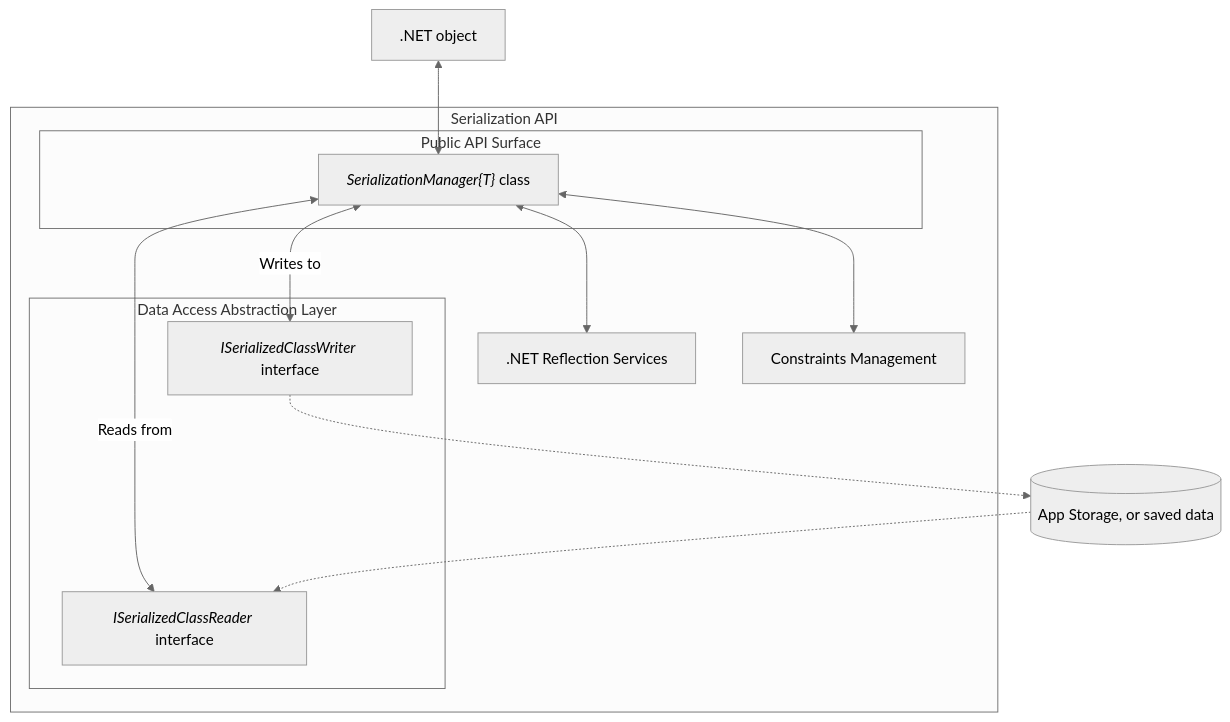
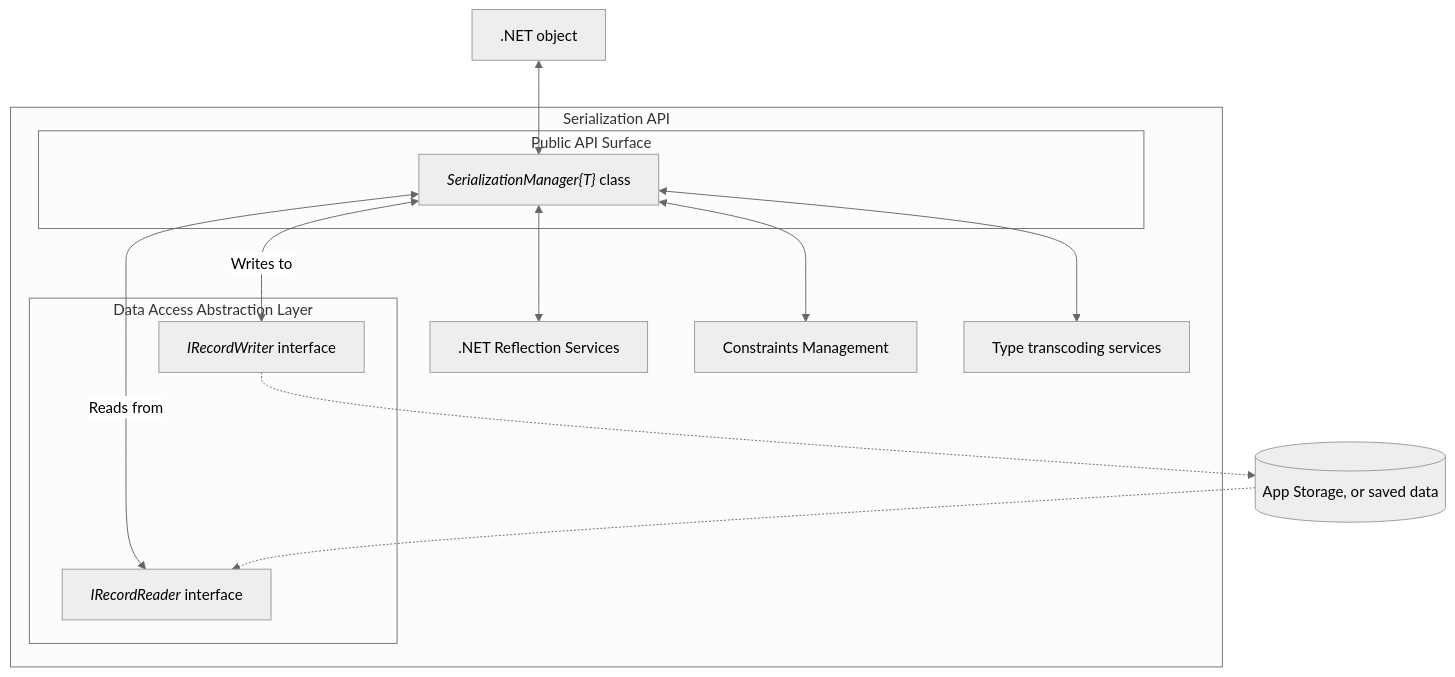
One commit to mdcdi1315/MP.DN-WINDOWS changed the diagram in Abstractions/Docs/Serialization/ser-generalprocess.md. Above: the diagram before and after it, drawn with Mermaid (neutral theme). The commit also changed other lines of this file and 85 other files, not shown here.

```diff
--- a/Abstractions/Docs/Serialization/ser-generalprocess.md
+++ b/Abstractions/Docs/Serialization/ser-generalprocess.md
@@ -10,42 +10,46 @@
 ~~~mermaid
 flowchart TD
 
 OBJ[.NET object]
 
 DRIVE[(App Storage, or saved data)]
 
 REFLECTSERVICES[" .NET Reflection Services "]
 
 CONSTRAINTS[" Constraints Management "]
+
+TYPETRANSCODING[" Type transcoding services "]
 
 OBJ <--> SERMANAGER
 
 SERMANAGER <-->|Reads from| SERCLASSREADER
 
 SERMANAGER <-->|Writes to| SERCLASSWRITER
 
 DRIVE -.-> SERCLASSREADER
 
 SERCLASSWRITER -.-> DRIVE
 
 subgraph Serialization API
 
 SERMANAGER <--> REFLECTSERVICES
 
 SERMANAGER <--> CONSTRAINTS
 
+SERMANAGER <--> TYPETRANSCODING
+
     subgraph Public API Surface
         SERMANAGER["` *SerializationManager{T}* class `"]
     end
 
     subgraph Data Access Abstraction Layer 
 
-        SERCLASSREADER["` *ISerializedClassReader* interface `"]
+        SERCLASSREADER["` *IRecordReader* interface `"]
 
-        SERCLASSWRITER["` *ISerializedClassWriter* interface `"]
+        SERCLASSWRITER["` *IRecordWriter* interface `"]
 
     end
 
 end
 
 ~~~
```
